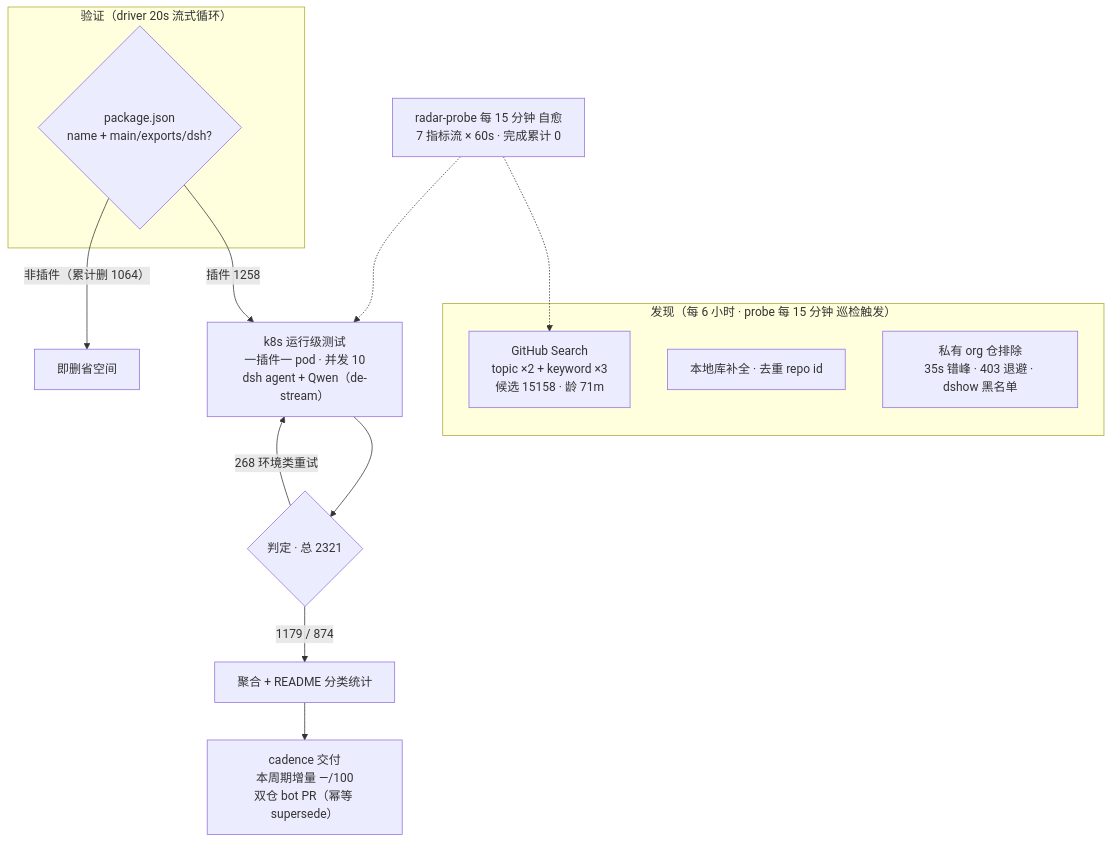
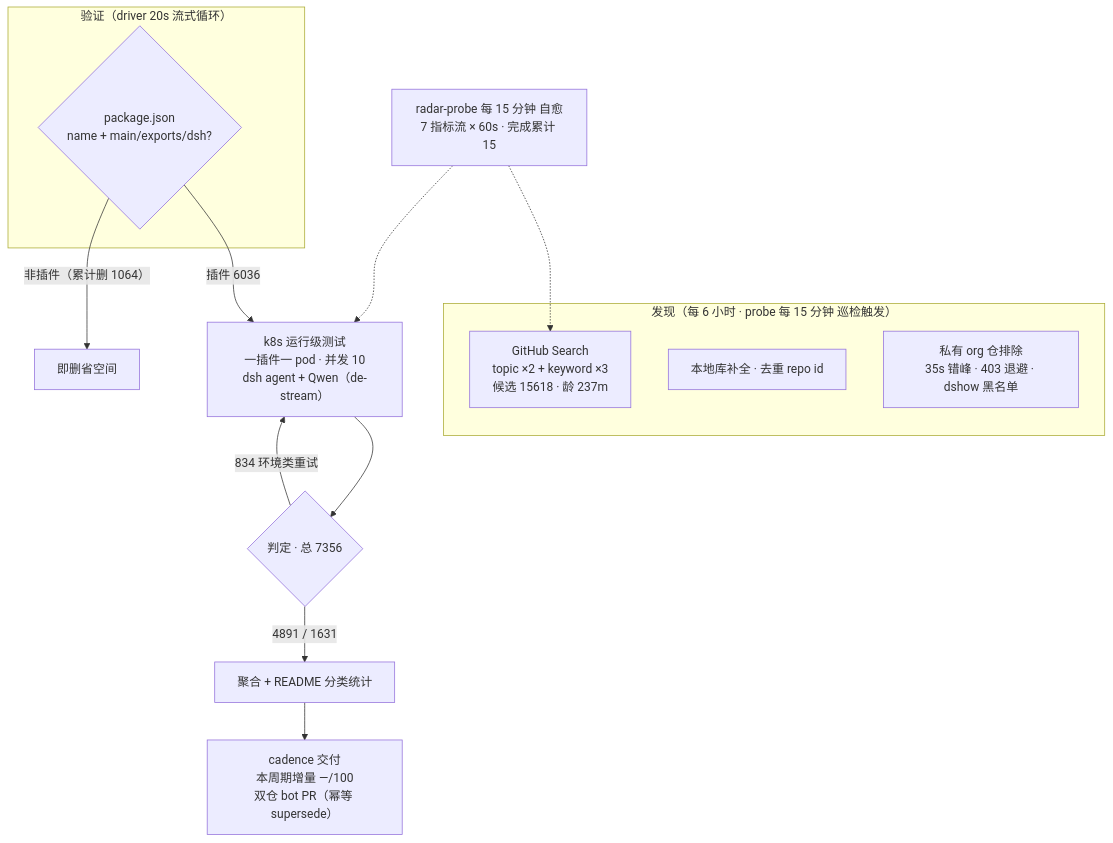
The diagram in public/readmes/awesome-dsh-plugins.md (the-beating-light-of-the-nail/dsh-meme-hub-site), drawn with Mermaid before and after one commit. The commit also changed other lines of this file and 979 other files, not shown here.

````diff
--- a/public/readmes/awesome-dsh-plugins.md
+++ b/public/readmes/awesome-dsh-plugins.md
@@ -37,20 +37,20 @@
 ```mermaid
 flowchart TB
     subgraph Discovery["发现（每 6 小时 · probe 每 15 分钟 巡检触发）"]
-        A1["GitHub Search<br/>topic ×2 + keyword ×3<br/>候选 15158 · 龄 71m"]
+        A1["GitHub Search<br/>topic ×2 + keyword ×3<br/>候选 15618 · 龄 237m"]
         A2["本地库补全 · 去重 repo id"]
         A3["私有 org 仓排除<br/>35s 错峰 · 403 退避 · dshow 黑名单"]
     end
     subgraph Validation["验证（driver 20s 流式循环）"]
         B1{"package.json<br/>name + main/exports/dsh?"}
     end
-    B1 -->|"插件 1258"| C1["k8s 运行级测试<br/>一插件一 pod · 并发 10<br/>dsh agent + Qwen（de-stream）"]
+    B1 -->|"插件 6036"| C1["k8s 运行级测试<br/>一插件一 pod · 并发 10<br/>dsh agent + Qwen（de-stream）"]
     B1 -->|"非插件（累计删 1064）"| B3["即删省空间"]
-    C1 --> D1{"判定 · 总 2321"}
-    D1 -->|"1179 / 874"| E1["聚合 + README 分类统计"]
-    D1 -->|"268 环境类重试"| C1
+    C1 --> D1{"判定 · 总 7356"}
+    D1 -->|"4891 / 1631"| E1["聚合 + README 分类统计"]
+    D1 -->|"834 环境类重试"| C1
     E1 --> E2["cadence 交付<br/>本周期增量 —/100<br/>双仓 bot PR（幂等 supersede）"]
-    M["radar-probe 每 15 分钟 自愈<br/>7 指标流 × 60s · 完成累计 0"]
+    M["radar-probe 每 15 分钟 自愈<br/>7 指标流 × 60s · 完成累计 15"]
     M -.-> A1
     M -.-> C1
 ```
````
